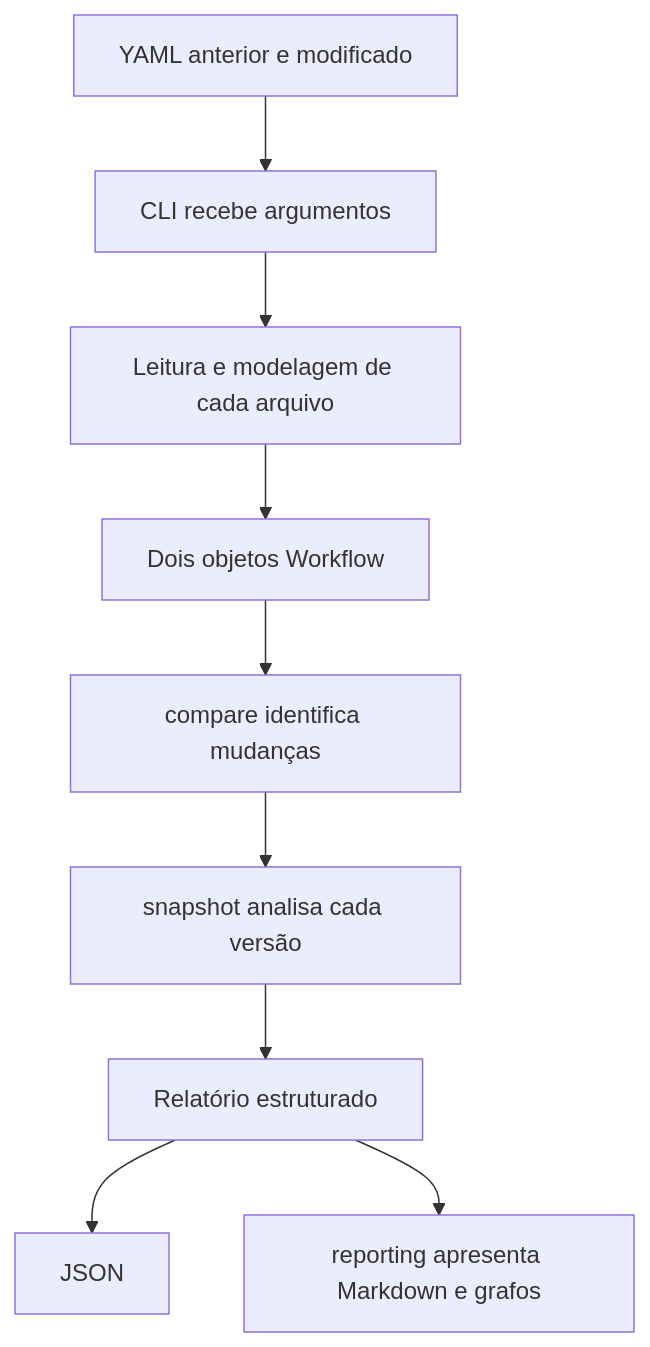
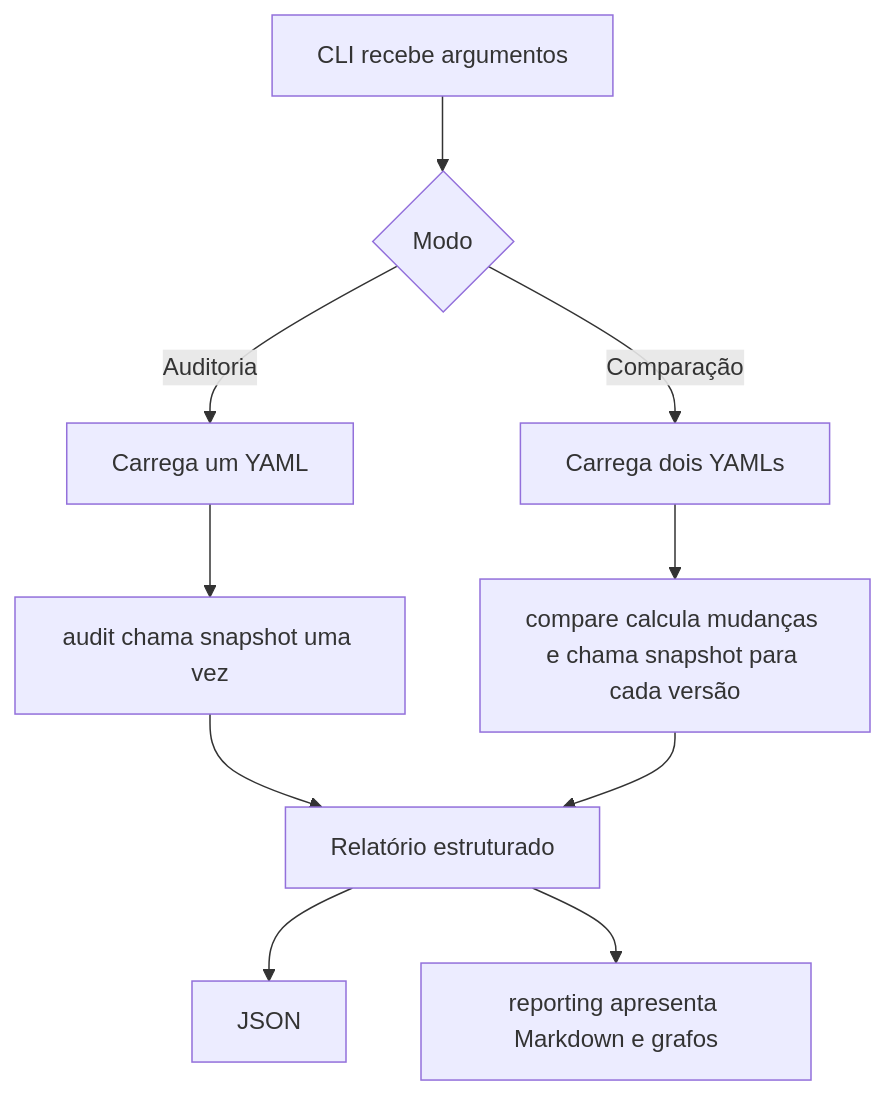
The diagram in docs/ARQUITETURA.md (ziansouzab/tcc-pipeline-impact), drawn with Mermaid before and after one commit. The commit also changed other lines of this file and 7 other files, not shown here.

Commit message:
docs: orienta auditoria e comparação de workflows

````diff
--- a/docs/ARQUITETURA.md
+++ b/docs/ARQUITETURA.md
@@ -13,11 +13,12 @@
 ```mermaid
 flowchart TD
-    A[YAML anterior e modificado] --> B[CLI recebe argumentos]
-    B --> C[Leitura e modelagem de cada arquivo]
-    C --> D[Dois objetos Workflow]
-    D --> E[compare identifica mudanças]
-    E --> F[snapshot analisa cada versão]
-    F --> G[Relatório estruturado]
+    A[CLI recebe argumentos] --> B{Modo}
+    B -->|Auditoria| C[Carrega um YAML]
+    B -->|Comparação| D[Carrega dois YAMLs]
+    C --> E[audit chama snapshot uma vez]
+    D --> F[compare calcula mudanças e chama snapshot para cada versão]
+    E --> G[Relatório estruturado]
+    F --> G
     G --> H[JSON]
     G --> I[reporting apresenta Markdown e grafos]
 ```
````
